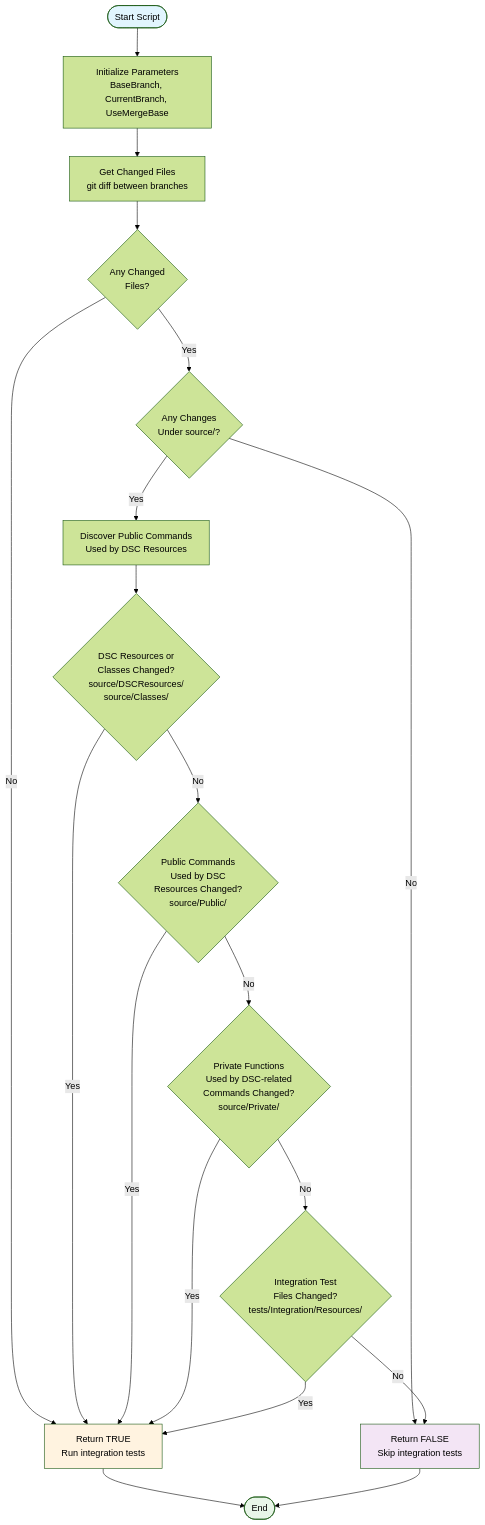
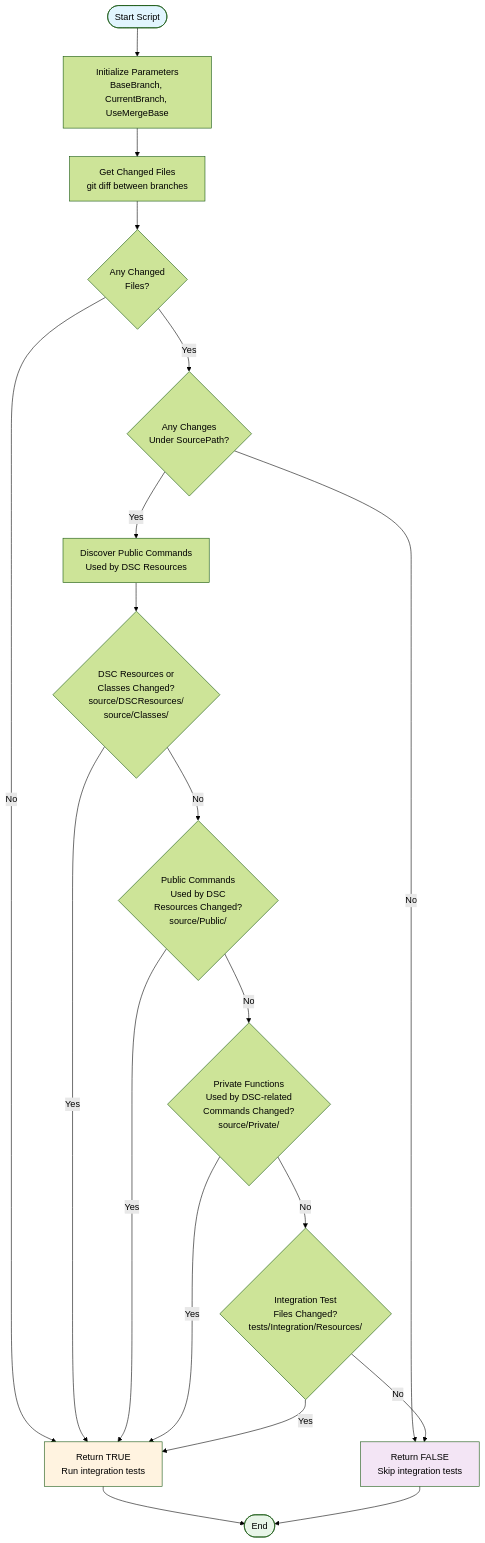
Before and after one commit to dsccommunity/SqlServerDsc: the diagram in .build/README.md, drawn with Mermaid (forest theme). The commit also changed other lines of this file and 6 other files, not shown here.

````diff
--- a/.build/README.md
+++ b/.build/README.md
@@ -37,34 +38,34 @@
 ```mermaid
 flowchart TD
     Start([Start Script]) --> Init[Initialize Parameters<br/>BaseBranch, CurrentBranch, UseMergeBase]
     Init --> GetChanges[Get Changed Files<br/>git diff between branches]
 
     GetChanges --> HasChanges{Any Changed<br/>Files?}
     HasChanges -->|No| RunTrue[Return TRUE<br/>Run integration tests]
 
-    HasChanges -->|Yes| CheckSource{Any Changes<br/>Under source/?}
+    HasChanges -->|Yes| CheckSource{Any Changes<br/>Under SourcePath?}
     CheckSource -->|No| Skip[Return FALSE<br/>Skip integration tests]
 
     CheckSource -->|Yes| Discover[Discover Public Commands<br/>Used by DSC Resources]
     Discover --> CheckDscRes{DSC Resources or<br/>Classes Changed?<br/>source/DSCResources/<br/>source/Classes/}
     CheckDscRes -->|Yes| RunTrue
 
     CheckDscRes -->|No| CheckPublic{Public Commands<br/>Used by DSC<br/>Resources Changed?<br/>source/Public/}
     CheckPublic -->|Yes| RunTrue
 
     CheckPublic -->|No| CheckPrivate{Private Functions<br/>Used by DSC-related<br/>Commands Changed?<br/>source/Private/}
     CheckPrivate -->|Yes| RunTrue
 
     CheckPrivate -->|No| CheckTests{Integration Test<br/>Files Changed?<br/>tests/Integration/Resources/}
     CheckTests -->|Yes| RunTrue
 
     CheckTests -->|No| Skip
 
     RunTrue --> End([End])
     Skip --> End
 
     style Start fill:#e1f5fe
     style End fill:#e8f5e8
     style RunTrue fill:#fff3e0
     style Skip fill:#f3e5f5
 ```
````
